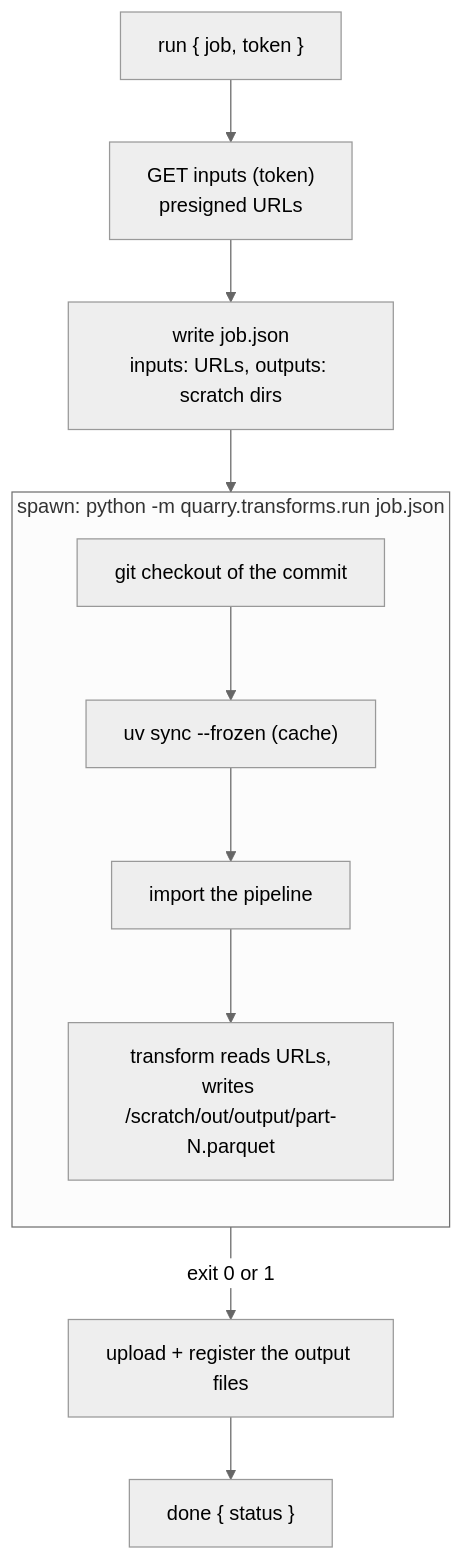
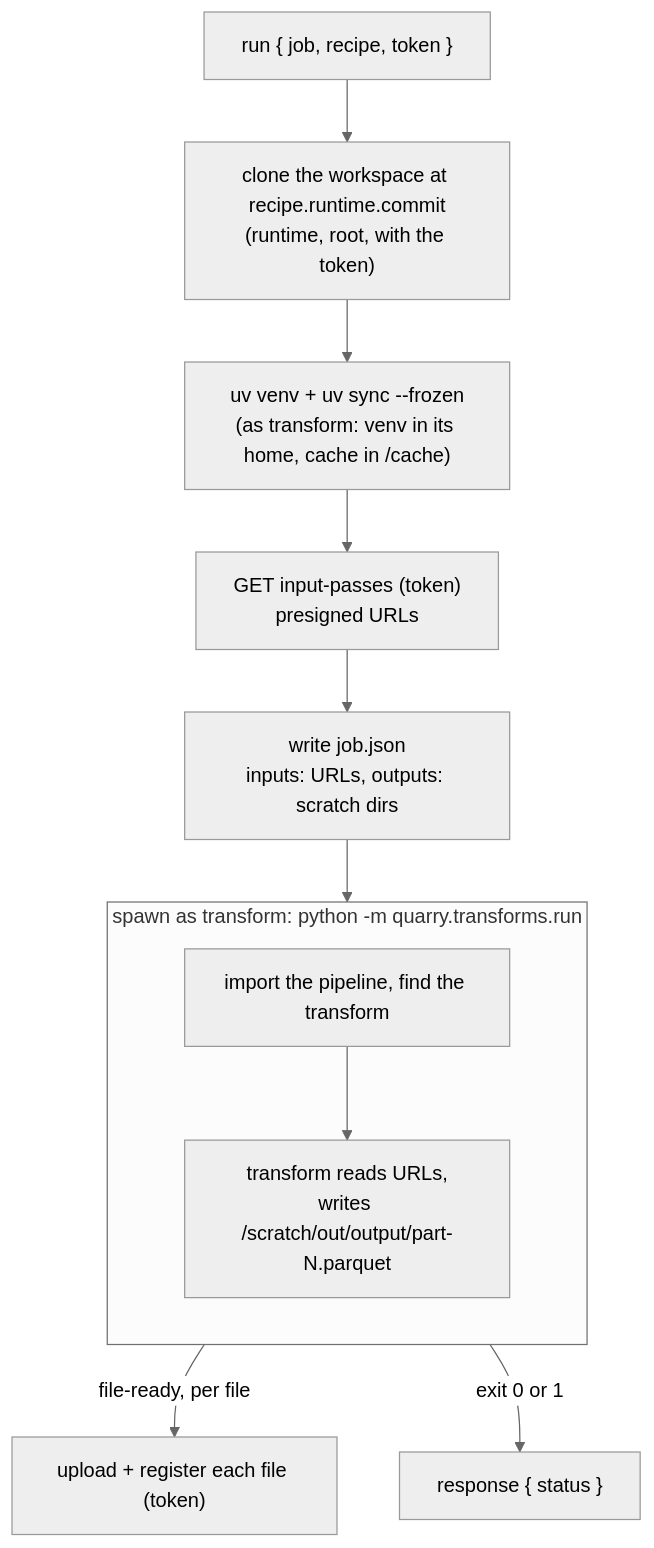
Before and after one commit to RolandTeslaru/Quarry: the sixth of 12 diagrams in docs/design/forge-runtimes.md, drawn with Mermaid (neutral theme). The commit also changed other lines of this file and 15 other files, not shown here.

First line of the commit message:
feat: enhance ForgeAgent job handling with runtime token and workspace cloning

````diff
--- a/docs/design/forge-runtimes.md
+++ b/docs/design/forge-runtimes.md
@@ -184,12 +191,14 @@
 ```mermaid
 flowchart TB
-    run["run { job, token }"] --> inputs["GET inputs (token)<br/>presigned URLs"]
+    run["run { job, recipe, token }"] --> clone["clone the workspace at recipe.runtime.commit<br/>(runtime, root, with the token)"]
+    clone --> sync["uv venv + uv sync --frozen<br/>(as transform: venv in its home, cache in /cache)"]
+    sync --> inputs["GET input-passes (token)<br/>presigned URLs"]
     inputs --> jobjson["write job.json<br/>inputs: URLs, outputs: scratch dirs"]
     jobjson --> spawn
-    subgraph spawn["spawn: python -m quarry.transforms.run job.json"]
+    subgraph spawn["spawn as transform: python -m quarry.transforms.run"]
         direction TB
-        checkout["git checkout of the commit"] --> sync["uv sync --frozen (cache)"] --> load["import the pipeline"] --> transform["transform reads URLs,<br/>writes /scratch/out/output/part-N.parquet"]
+        load["import the pipeline, find the transform"] --> transform["transform reads URLs,<br/>writes /scratch/out/output/part-N.parquet"]
     end
-    spawn -- "exit 0 or 1" --> upload["upload + register the output files"]
-    upload --> done["done { status }"]
+    spawn -- "file-ready, per file" --> upload["upload + register each file (token)"]
+    spawn -- "exit 0 or 1" --> done["response { status }"]
 ```
````
